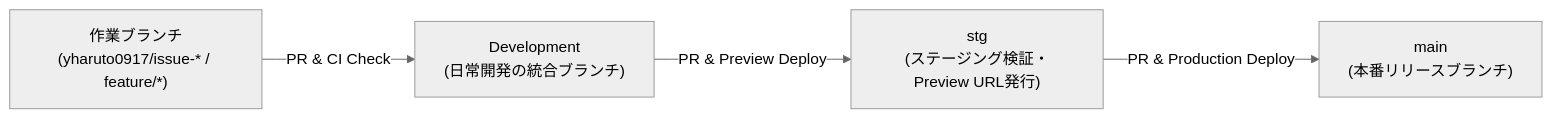
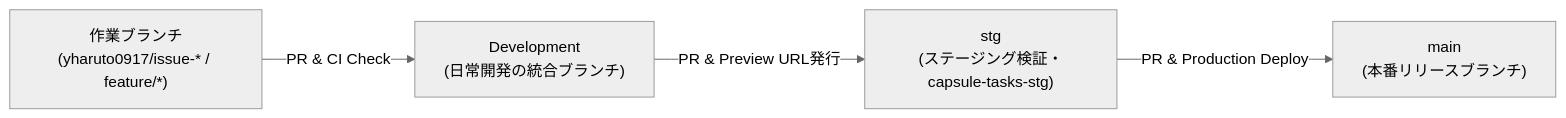
The first of 2 diagrams in AGENTS.md (yharuto0917/capsule-tasks), drawn with Mermaid (neutral theme) before and after one commit. The commit also changed other lines of this file and 6 other files, not shown here.

````diff
--- a/AGENTS.md
+++ b/AGENTS.md
@@ -22,6 +22,6 @@
 ```mermaid
 flowchart LR
     F["作業ブランチ<br>(yharuto0917/issue-* / feature/*)"] -->|PR & CI Check| D["Development<br>(日常開発の統合ブランチ)"]
-    D -->|PR & Preview Deploy| S["stg<br>(ステージング検証・Preview URL発行)"]
+    D -->|PR & Preview URL発行| S["stg<br>(ステージング検証・capsule-tasks-stg)"]
     S -->|PR & Production Deploy| M["main<br>(本番リリースブランチ)"]
 ```
````
